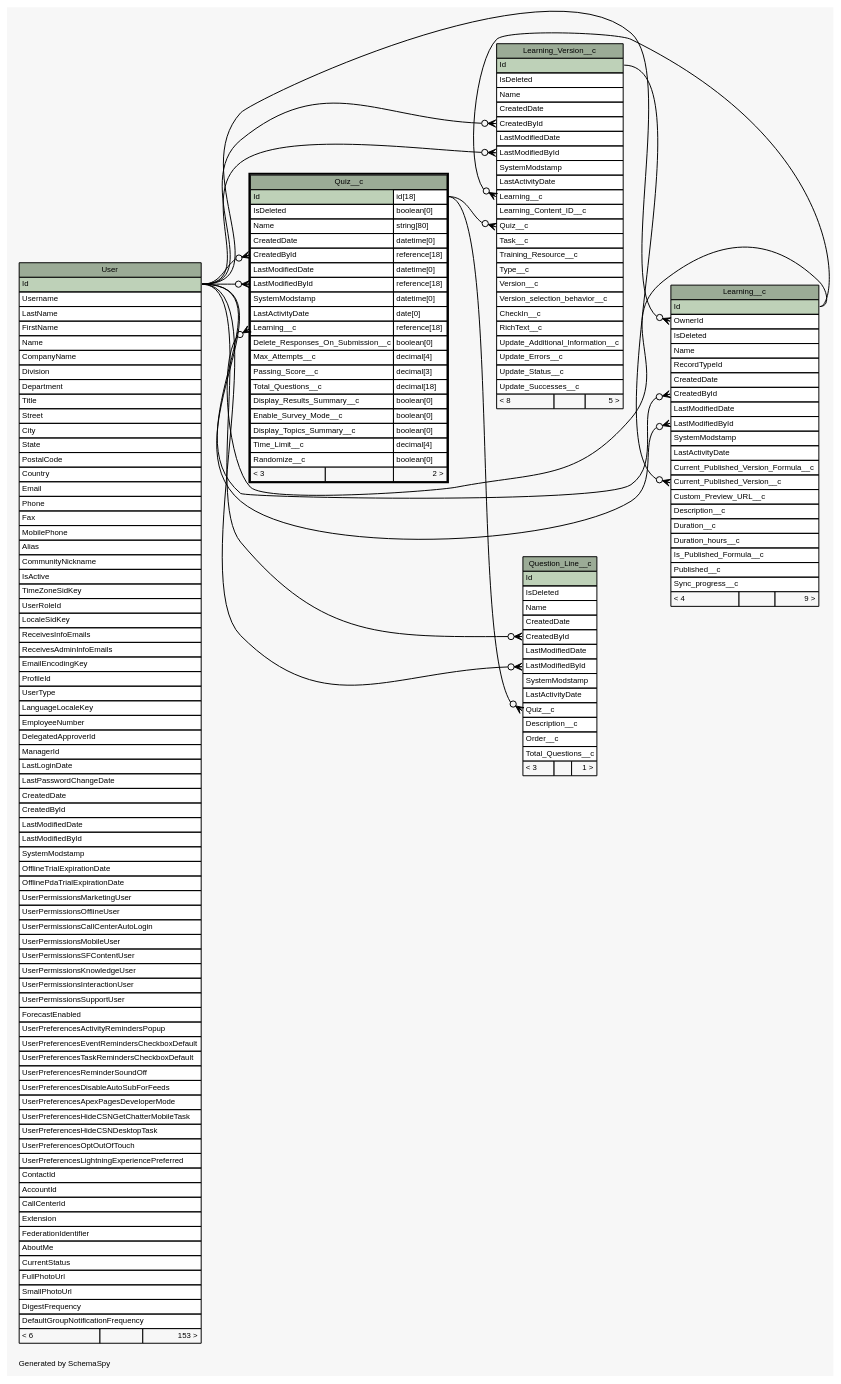
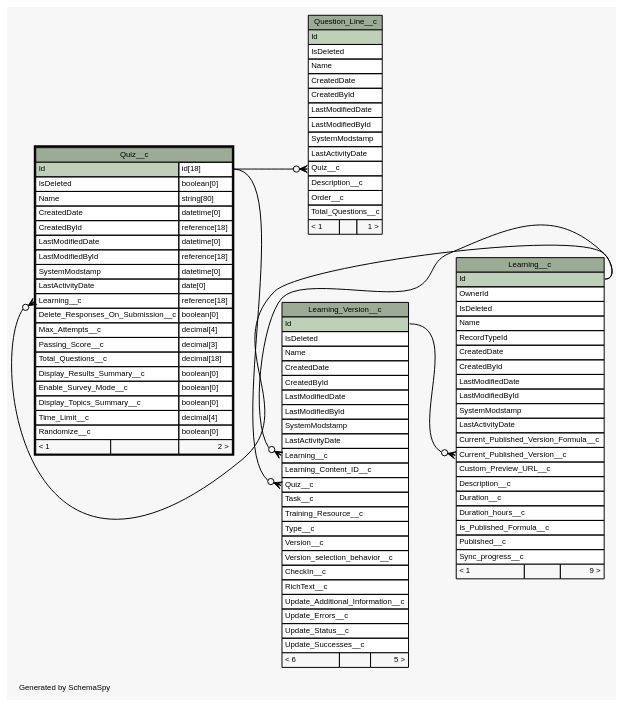
The diagram in diagrams/Quiz__c.1degree.dot (ScormAnywhere/learntrac.github.io), drawn with Graphviz before and after one commit. The commit also changed 289 other files, not shown here.

```diff
--- a/diagrams/Quiz__c.1degree.dot
+++ b/diagrams/Quiz__c.1degree.dot
@@ -19,19 +19,10 @@
   edge [
     arrowsize="0.8"
   ];
-  "Learning__c":"CreatedById":w -> "User":"Id":e [arrowhead=none dir=back arrowtail=crowodot];
   "Learning__c":"Current_Published_Version__c":w -> "Learning_Version__c":"Id":e [arrowhead=none dir=back arrowtail=crowodot];
-  "Learning__c":"LastModifiedById":w -> "User":"Id":e [arrowhead=none dir=back arrowtail=crowodot];
-  "Learning__c":"OwnerId":w -> "User":"Id":e [arrowhead=none dir=back arrowtail=crowodot];
-  "Learning_Version__c":"CreatedById":w -> "User":"Id":e [arrowhead=none dir=back arrowtail=crowodot];
-  "Learning_Version__c":"LastModifiedById":w -> "User":"Id":e [arrowhead=none dir=back arrowtail=crowodot];
   "Learning_Version__c":"Learning__c":w -> "Learning__c":"Id":e [arrowhead=none dir=back arrowtail=crowodot];
   "Learning_Version__c":"Quiz__c":w -> "Quiz__c":"Id.type":e [arrowhead=none dir=back arrowtail=crowodot];
-  "Question_Line__c":"CreatedById":w -> "User":"Id":e [arrowhead=none dir=back arrowtail=crowodot];
-  "Question_Line__c":"LastModifiedById":w -> "User":"Id":e [arrowhead=none dir=back arrowtail=crowodot];
   "Question_Line__c":"Quiz__c":w -> "Quiz__c":"Id.type":e [arrowhead=none dir=back arrowtail=crowodot];
-  "Quiz__c":"CreatedById":w -> "User":"Id":e [arrowhead=none dir=back arrowtail=crowodot];
-  "Quiz__c":"LastModifiedById":w -> "User":"Id":e [arrowhead=none dir=back arrowtail=crowodot];
   "Quiz__c":"Learning__c":w -> "Learning__c":"Id":e [arrowhead=none dir=back arrowtail=crowodot];
   "Learning__c" [
     label=<
@@ -57,7 +48,7 @@
       <TR><TD PORT="Is_Published_Formula__c" COLSPAN="3" ALIGN="LEFT">Is_Published_Formula__c</TD></TR>
       <TR><TD PORT="Published__c" COLSPAN="3" ALIGN="LEFT">Published__c</TD></TR>
       <TR><TD PORT="Sync_progress__c" COLSPAN="3" ALIGN="LEFT">Sync_progress__c</TD></TR>
-      <TR><TD ALIGN="LEFT" BGCOLOR="#f7f7f7">&lt; 4</TD><TD ALIGN="RIGHT" BGCOLOR="#f7f7f7">  </TD><TD ALIGN="RIGHT" BGCOLOR="#f7f7f7">9 &gt;</TD></TR>
+      <TR><TD ALIGN="LEFT" BGCOLOR="#f7f7f7">&lt; 1</TD><TD ALIGN="RIGHT" BGCOLOR="#f7f7f7">  </TD><TD ALIGN="RIGHT" BGCOLOR="#f7f7f7">9 &gt;</TD></TR>
     </TABLE>>
     URL="Learning__c.html"
     tooltip="Learning__c"
@@ -89,7 +80,7 @@
       <TR><TD PORT="Update_Errors__c" COLSPAN="3" ALIGN="LEFT">Update_Errors__c</TD></TR>
       <TR><TD PORT="Update_Status__c" COLSPAN="3" ALIGN="LEFT">Update_Status__c</TD></TR>
       <TR><TD PORT="Update_Successes__c" COLSPAN="3" ALIGN="LEFT">Update_Successes__c</TD></TR>
-      <TR><TD ALIGN="LEFT" BGCOLOR="#f7f7f7">&lt; 8</TD><TD ALIGN="RIGHT" BGCOLOR="#f7f7f7">  </TD><TD ALIGN="RIGHT" BGCOLOR="#f7f7f7">5 &gt;</TD></TR>
+      <TR><TD ALIGN="LEFT" BGCOLOR="#f7f7f7">&lt; 6</TD><TD ALIGN="RIGHT" BGCOLOR="#f7f7f7">  </TD><TD ALIGN="RIGHT" BGCOLOR="#f7f7f7">5 &gt;</TD></TR>
     </TABLE>>
     URL="Learning_Version__c.html"
     tooltip="Learning_Version__c"
@@ -111,7 +102,7 @@
       <TR><TD PORT="Description__c" COLSPAN="3" ALIGN="LEFT">Description__c</TD></TR>
       <TR><TD PORT="Order__c" COLSPAN="3" ALIGN="LEFT">Order__c</TD></TR>
       <TR><TD PORT="Total_Questions__c" COLSPAN="3" ALIGN="LEFT">Total_Questions__c</TD></TR>
-      <TR><TD ALIGN="LEFT" BGCOLOR="#f7f7f7">&lt; 3</TD><TD ALIGN="RIGHT" BGCOLOR="#f7f7f7">  </TD><TD ALIGN="RIGHT" BGCOLOR="#f7f7f7">1 &gt;</TD></TR>
+      <TR><TD ALIGN="LEFT" BGCOLOR="#f7f7f7">&lt; 1</TD><TD ALIGN="RIGHT" BGCOLOR="#f7f7f7">  </TD><TD ALIGN="RIGHT" BGCOLOR="#f7f7f7">1 &gt;</TD></TR>
     </TABLE>>
     URL="Question_Line__c.html"
     tooltip="Question_Line__c"
@@ -139,90 +130,9 @@
       <TR><TD PORT="Display_Topics_Summary__c" COLSPAN="2" ALIGN="LEFT">Display_Topics_Summary__c</TD><TD PORT="Display_Topics_Summary__c.type" ALIGN="LEFT">boolean[0]</TD></TR>
       <TR><TD PORT="Time_Limit__c" COLSPAN="2" ALIGN="LEFT">Time_Limit__c</TD><TD PORT="Time_Limit__c.type" ALIGN="LEFT">decimal[4]</TD></TR>
       <TR><TD PORT="Randomize__c" COLSPAN="2" ALIGN="LEFT">Randomize__c</TD><TD PORT="Randomize__c.type" ALIGN="LEFT">boolean[0]</TD></TR>
-      <TR><TD ALIGN="LEFT" BGCOLOR="#f7f7f7">&lt; 3</TD><TD ALIGN="RIGHT" BGCOLOR="#f7f7f7">  </TD><TD ALIGN="RIGHT" BGCOLOR="#f7f7f7">2 &gt;</TD></TR>
+      <TR><TD ALIGN="LEFT" BGCOLOR="#f7f7f7">&lt; 1</TD><TD ALIGN="RIGHT" BGCOLOR="#f7f7f7">  </TD><TD ALIGN="RIGHT" BGCOLOR="#f7f7f7">2 &gt;</TD></TR>
     </TABLE>>
     URL="Quiz__c.html"
     tooltip="Quiz__c"
   ];
-  "User" [
-    label=<
-    <TABLE BORDER="0" CELLBORDER="1" CELLSPACING="0" BGCOLOR="#ffffff">
-      <TR><TD COLSPAN="3" BGCOLOR="#9bab96" ALIGN="CENTER">User</TD></TR>
-      <TR><TD PORT="Id" COLSPAN="3" BGCOLOR="#bed1b8" ALIGN="LEFT">Id</TD></TR>
-      <TR><TD PORT="Username" COLSPAN="3" ALIGN="LEFT">Username</TD></TR>
-      <TR><TD PORT="LastName" COLSPAN="3" ALIGN="LEFT">LastName</TD></TR>
-      <TR><TD PORT="FirstName" COLSPAN="3" ALIGN="LEFT">FirstName</TD></TR>
-      <TR><TD PORT="Name" COLSPAN="3" ALIGN="LEFT">Name</TD></TR>
-      <TR><TD PORT="CompanyName" COLSPAN="3" ALIGN="LEFT">CompanyName</TD></TR>
-      <TR><TD PORT="Division" COLSPAN="3" ALIGN="LEFT">Division</TD></TR>
-      <TR><TD PORT="Department" COLSPAN="3" ALIGN="LEFT">Department</TD></TR>
-      <TR><TD PORT="Title" COLSPAN="3" ALIGN="LEFT">Title</TD></TR>
-      <TR><TD PORT="Street" COLSPAN="3" ALIGN="LEFT">Street</TD></TR>
-      <TR><TD PORT="City" COLSPAN="3" ALIGN="LEFT">City</TD></TR>
-      <TR><TD PORT="State" COLSPAN="3" ALIGN="LEFT">State</TD></TR>
-      <TR><TD PORT="PostalCode" COLSPAN="3" ALIGN="LEFT">PostalCode</TD></TR>
-      <TR><TD PORT="Country" COLSPAN="3" ALIGN="LEFT">Country</TD></TR>
-      <TR><TD PORT="Email" COLSPAN="3" ALIGN="LEFT">Email</TD></TR>
-      <TR><TD PORT="Phone" COLSPAN="3" ALIGN="LEFT">Phone</TD></TR>
-      <TR><TD PORT="Fax" COLSPAN="3" ALIGN="LEFT">Fax</TD></TR>
-      <TR><TD PORT="MobilePhone" COLSPAN="3" ALIGN="LEFT">MobilePhone</TD></TR>
-      <TR><TD PORT="Alias" COLSPAN="3" ALIGN="LEFT">Alias</TD></TR>
-      <TR><TD PORT="CommunityNickname" COLSPAN="3" ALIGN="LEFT">CommunityNickname</TD></TR>
-      <TR><TD PORT="IsActive" COLSPAN="3" ALIGN="LEFT">IsActive</TD></TR>
-      <TR><TD PORT="TimeZoneSidKey" COLSPAN="3" ALIGN="LEFT">TimeZoneSidKey</TD></TR>
-      <TR><TD PORT="UserRoleId" COLSPAN="3" ALIGN="LEFT">UserRoleId</TD></TR>
-      <TR><TD PORT="LocaleSidKey" COLSPAN="3" ALIGN="LEFT">LocaleSidKey</TD></TR>
-      <TR><TD PORT="ReceivesInfoEmails" COLSPAN="3" ALIGN="LEFT">ReceivesInfoEmails</TD></TR>
-      <TR><TD PORT="ReceivesAdminInfoEmails" COLSPAN="3" ALIGN="LEFT">ReceivesAdminInfoEmails</TD></TR>
-      <TR><TD PORT="EmailEncodingKey" COLSPAN="3" ALIGN="LEFT">EmailEncodingKey</TD></TR>
-      <TR><TD PORT="ProfileId" COLSPAN="3" ALIGN="LEFT">ProfileId</TD></TR>
-      <TR><TD PORT="UserType" COLSPAN="3" ALIGN="LEFT">UserType</TD></TR>
-      <TR><TD PORT="LanguageLocaleKey" COLSPAN="3" ALIGN="LEFT">LanguageLocaleKey</TD></TR>
-      <TR><TD PORT="EmployeeNumber" COLSPAN="3" ALIGN="LEFT">EmployeeNumber</TD></TR>
-      <TR><TD PORT="DelegatedApproverId" COLSPAN="3" ALIGN="LEFT">DelegatedApproverId</TD></TR>
-      <TR><TD PORT="ManagerId" COLSPAN="3" ALIGN="LEFT">ManagerId</TD></TR>
-      <TR><TD PORT="LastLoginDate" COLSPAN="3" ALIGN="LEFT">LastLoginDate</TD></TR>
-      <TR><TD PORT="LastPasswordChangeDate" COLSPAN="3" ALIGN="LEFT">LastPasswordChangeDate</TD></TR>
-      <TR><TD PORT="CreatedDate" COLSPAN="3" ALIGN="LEFT">CreatedDate</TD></TR>
-      <TR><TD PORT="CreatedById" COLSPAN="3" ALIGN="LEFT">CreatedById</TD></TR>
-      <TR><TD PORT="LastModifiedDate" COLSPAN="3" ALIGN="LEFT">LastModifiedDate</TD></TR>
-      <TR><TD PORT="LastModifiedById" COLSPAN="3" ALIGN="LEFT">LastModifiedById</TD></TR>
-      <TR><TD PORT="SystemModstamp" COLSPAN="3" ALIGN="LEFT">SystemModstamp</TD></TR>
-      <TR><TD PORT="OfflineTrialExpirationDate" COLSPAN="3" ALIGN="LEFT">OfflineTrialExpirationDate</TD></TR>
-      <TR><TD PORT="OfflinePdaTrialExpirationDate" COLSPAN="3" ALIGN="LEFT">OfflinePdaTrialExpirationDate</TD></TR>
-      <TR><TD PORT="UserPermissionsMarketingUser" COLSPAN="3" ALIGN="LEFT">UserPermissionsMarketingUser</TD></TR>
-      <TR><TD PORT="UserPermissionsOfflineUser" COLSPAN="3" ALIGN="LEFT">UserPermissionsOfflineUser</TD></TR>
-      <TR><TD PORT="UserPermissionsCallCenterAutoLogin" COLSPAN="3" ALIGN="LEFT">UserPermissionsCallCenterAutoLogin</TD></TR>
-      <TR><TD PORT="UserPermissionsMobileUser" COLSPAN="3" ALIGN="LEFT">UserPermissionsMobileUser</TD></TR>
-      <TR><TD PORT="UserPermissionsSFContentUser" COLSPAN="3" ALIGN="LEFT">UserPermissionsSFContentUser</TD></TR>
-      <TR><TD PORT="UserPermissionsKnowledgeUser" COLSPAN="3" ALIGN="LEFT">UserPermissionsKnowledgeUser</TD></TR>
-      <TR><TD PORT="UserPermissionsInteractionUser" COLSPAN="3" ALIGN="LEFT">UserPermissionsInteractionUser</TD></TR>
-      <TR><TD PORT="UserPermissionsSupportUser" COLSPAN="3" ALIGN="LEFT">UserPermissionsSupportUser</TD></TR>
-      <TR><TD PORT="ForecastEnabled" COLSPAN="3" ALIGN="LEFT">ForecastEnabled</TD></TR>
-      <TR><TD PORT="UserPreferencesActivityRemindersPopup" COLSPAN="3" ALIGN="LEFT">UserPreferencesActivityRemindersPopup</TD></TR>
-      <TR><TD PORT="UserPreferencesEventRemindersCheckboxDefault" COLSPAN="3" ALIGN="LEFT">UserPreferencesEventRemindersCheckboxDefault</TD></TR>
-      <TR><TD PORT="UserPreferencesTaskRemindersCheckboxDefault" COLSPAN="3" ALIGN="LEFT">UserPreferencesTaskRemindersCheckboxDefault</TD></TR>
-      <TR><TD PORT="UserPreferencesReminderSoundOff" COLSPAN="3" ALIGN="LEFT">UserPreferencesReminderSoundOff</TD></TR>
-      <TR><TD PORT="UserPreferencesDisableAutoSubForFeeds" COLSPAN="3" ALIGN="LEFT">UserPreferencesDisableAutoSubForFeeds</TD></TR>
-      <TR><TD PORT="UserPreferencesApexPagesDeveloperMode" COLSPAN="3" ALIGN="LEFT">UserPreferencesApexPagesDeveloperMode</TD></TR>
-      <TR><TD PORT="UserPreferencesHideCSNGetChatterMobileTask" COLSPAN="3" ALIGN="LEFT">UserPreferencesHideCSNGetChatterMobileTask</TD></TR>
-      <TR><TD PORT="UserPreferencesHideCSNDesktopTask" COLSPAN="3" ALIGN="LEFT">UserPreferencesHideCSNDesktopTask</TD></TR>
-      <TR><TD PORT="UserPreferencesOptOutOfTouch" COLSPAN="3" ALIGN="LEFT">UserPreferencesOptOutOfTouch</TD></TR>
-      <TR><TD PORT="UserPreferencesLightningExperiencePreferred" COLSPAN="3" ALIGN="LEFT">UserPreferencesLightningExperiencePreferred</TD></TR>
-      <TR><TD PORT="ContactId" COLSPAN="3" ALIGN="LEFT">ContactId</TD></TR>
-      <TR><TD PORT="AccountId" COLSPAN="3" ALIGN="LEFT">AccountId</TD></TR>
-      <TR><TD PORT="CallCenterId" COLSPAN="3" ALIGN="LEFT">CallCenterId</TD></TR>
-      <TR><TD PORT="Extension" COLSPAN="3" ALIGN="LEFT">Extension</TD></TR>
-      <TR><TD PORT="FederationIdentifier" COLSPAN="3" ALIGN="LEFT">FederationIdentifier</TD></TR>
-      <TR><TD PORT="AboutMe" COLSPAN="3" ALIGN="LEFT">AboutMe</TD></TR>
-      <TR><TD PORT="CurrentStatus" COLSPAN="3" ALIGN="LEFT">CurrentStatus</TD></TR>
-      <TR><TD PORT="FullPhotoUrl" COLSPAN="3" ALIGN="LEFT">FullPhotoUrl</TD></TR>
-      <TR><TD PORT="SmallPhotoUrl" COLSPAN="3" ALIGN="LEFT">SmallPhotoUrl</TD></TR>
-      <TR><TD PORT="DigestFrequency" COLSPAN="3" ALIGN="LEFT">DigestFrequency</TD></TR>
-      <TR><TD PORT="DefaultGroupNotificationFrequency" COLSPAN="3" ALIGN="LEFT">DefaultGroupNotificationFrequency</TD></TR>
-      <TR><TD ALIGN="LEFT" BGCOLOR="#f7f7f7">&lt; 6</TD><TD ALIGN="RIGHT" BGCOLOR="#f7f7f7">  </TD><TD ALIGN="RIGHT" BGCOLOR="#f7f7f7">153 &gt;</TD></TR>
-    </TABLE>>
-    URL="User.html"
-    tooltip="User"
-  ];
 }
```
